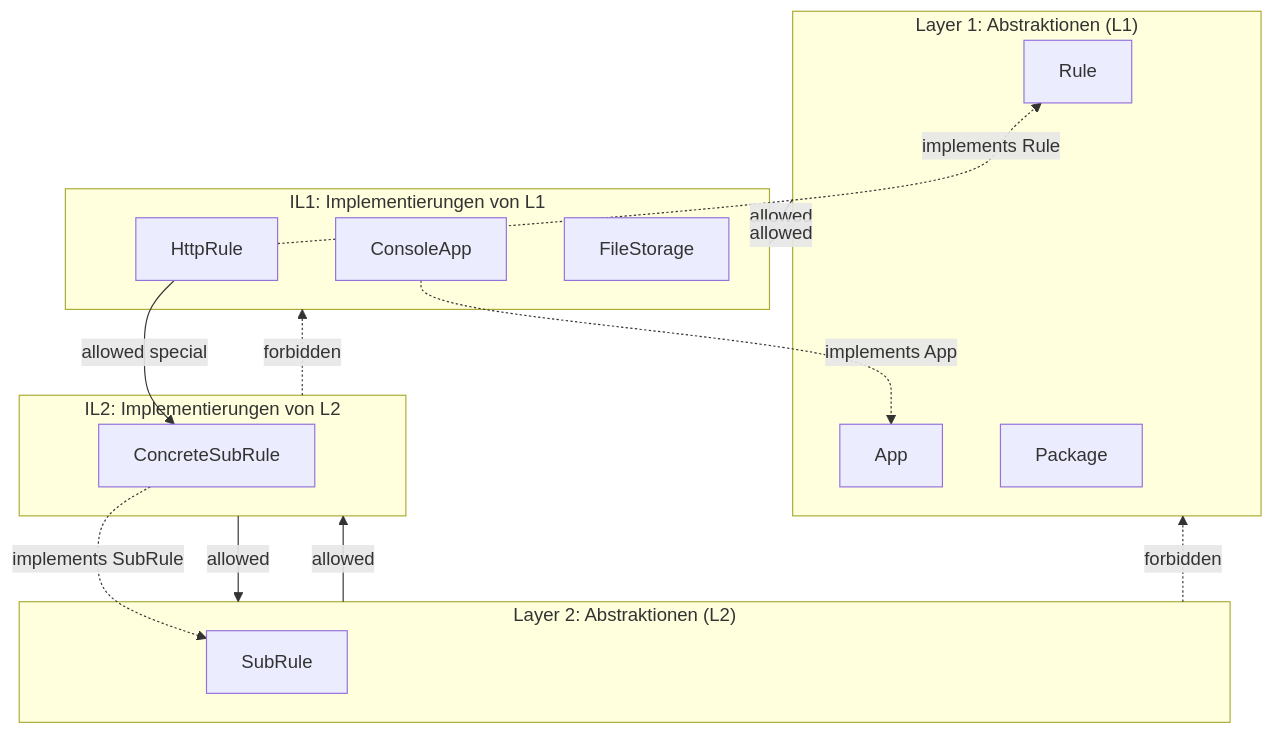
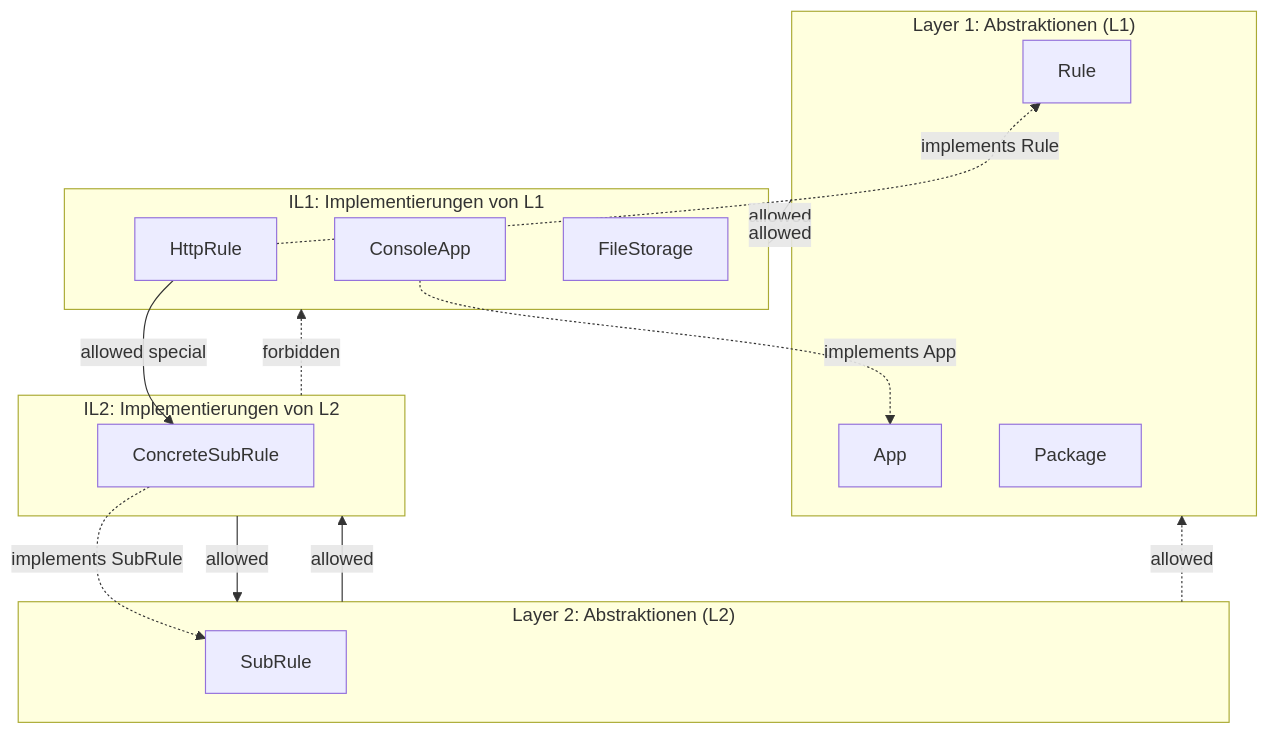
Before and after one commit to andreas-wagner-dev/object-oriented-learning-journey: the seventh of 7 diagrams in blog/000_layer2.md, drawn with Mermaid. The commit also changed other lines of this file, not shown here.

````diff
--- a/blog/000_layer2.md
+++ b/blog/000_layer2.md
@@ -402,45 +395,45 @@
 ```mermaid
 flowchart TD
 
     %% Layer 1 Abstraktionen
     subgraph L1["Layer 1: Abstraktionen (L1)"]
       A1_Rule["Rule"]
       A1_App["App"]
       A1_Package["Package"]
     end
 
     %% Layer 1 Implementierungen
     subgraph IL1["IL1: Implementierungen von L1"]
       I1_HttpRule["HttpRule"]
       I1_ConsoleApp["ConsoleApp"]
       I1_FileStorage["FileStorage"]
     end
 
     %% Layer 2 Abstraktion
     subgraph L2["Layer 2: Abstraktionen (L2)"]
       A2_SubRule["SubRule"]
     end
 
     %% Layer 2 Implementierungen
     subgraph IL2["IL2: Implementierungen von L2"]
       I2_ConcreteSubRule["ConcreteSubRule"]
     end
 
     %% Allowed Abhängigkeiten
     L1 -->|allowed| IL1
     L2 -->|allowed| IL2
     IL1 -->|allowed| L1
     IL2 -->|allowed| L2
 
     %% Cross-Abhängigkeit erlaubt
     I1_HttpRule -->|allowed special| I2_ConcreteSubRule
 
     %% Implements-Beziehungen blau
     I1_HttpRule -.->|implements Rule| A1_Rule
     I1_ConsoleApp -.->|implements App| A1_App
     I2_ConcreteSubRule -.->|implements SubRule| A2_SubRule
 
     %% Forbidden Abhängigkeiten
     IL2 -.->|forbidden| IL1
-    L2 -.->|forbidden| L1
+    L2 -.->|allowed| L1
 ```
````
